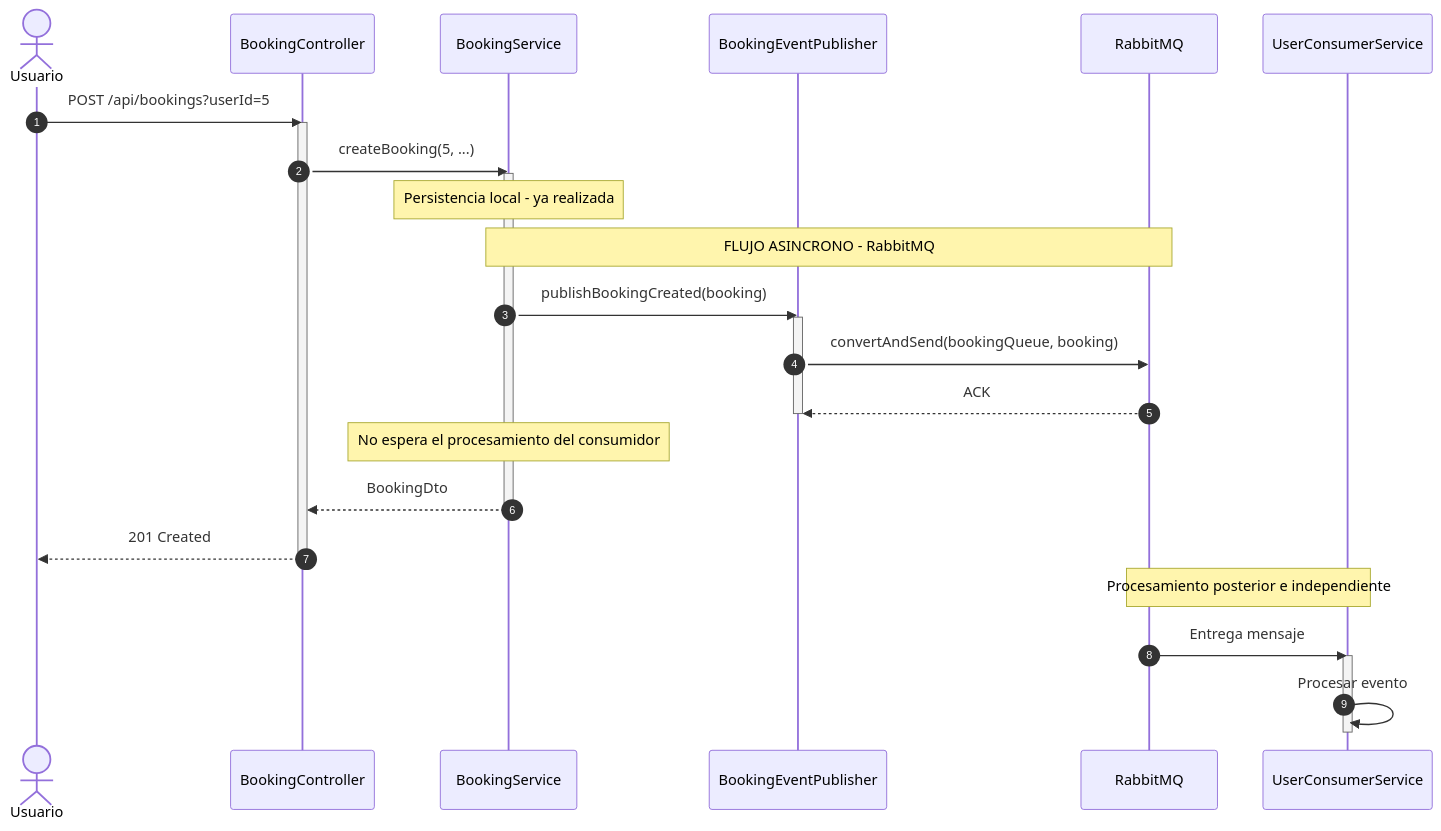
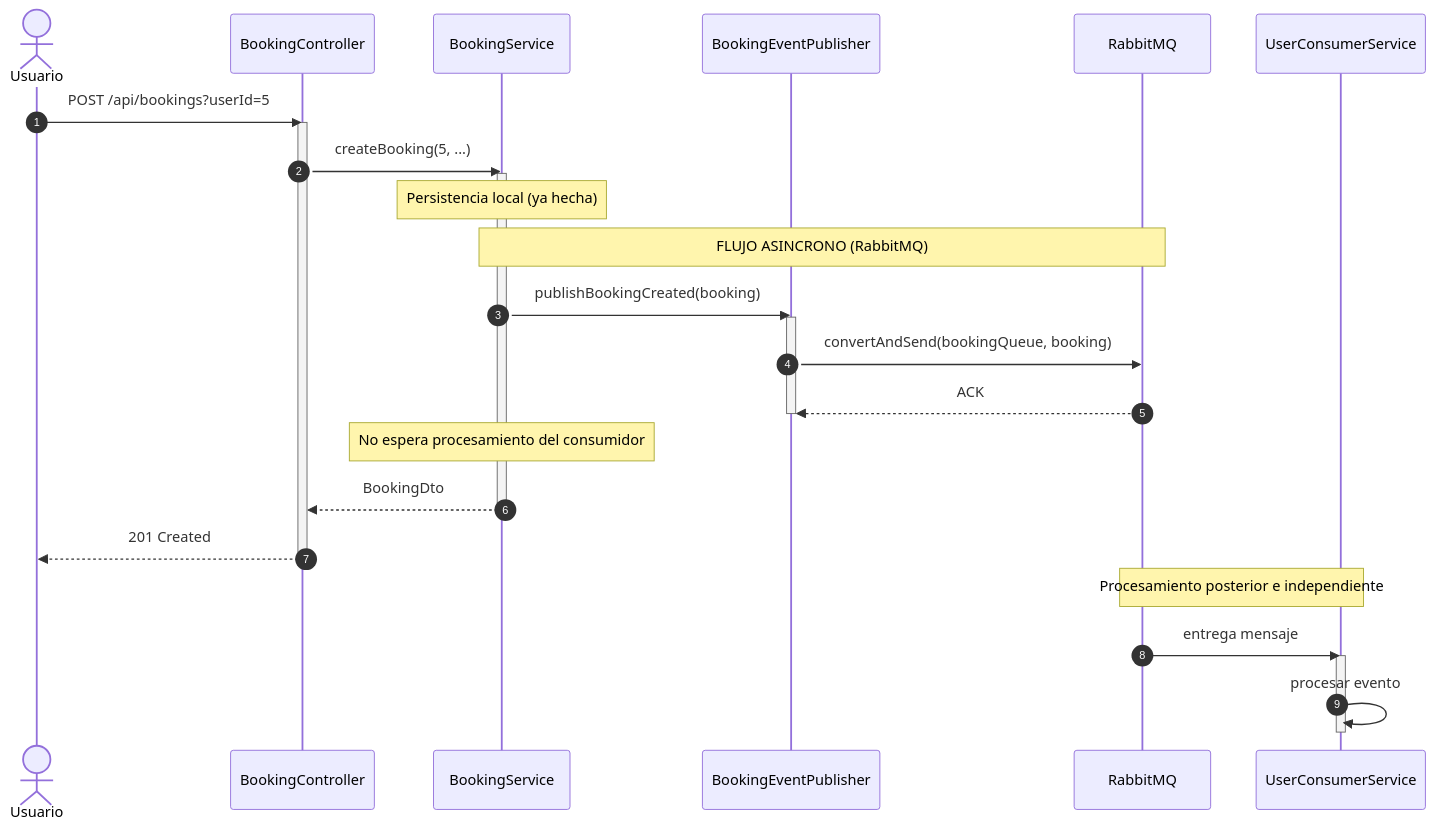
One commit to arielhurtado/springbootexamples changed the seventh of 7 diagrams in BokingGymNewVersion/architecture.md. Above: the diagram before and after it, drawn with Mermaid. The commit also changed other lines of this file, not shown here.

First line of the commit message:
Refactor architecture documentation and code examples

````diff
--- a/BokingGymNewVersion/architecture.md
+++ b/BokingGymNewVersion/architecture.md
@@ -324,36 +315,36 @@
 ```mermaid
 sequenceDiagram
     autonumber
     actor U as Usuario
     participant C as BookingController
     participant S as BookingService
     participant P as BookingEventPublisher
     participant Q as RabbitMQ
     participant Cons as UserConsumerService
 
     U->>C: POST /api/bookings?userId=5
     activate C
     C->>S: createBooking(5, ...)
     activate S
 
-    Note over S: Persistencia local - ya realizada
-    Note over S,Q: FLUJO ASINCRONO - RabbitMQ
+    Note over S: Persistencia local (ya hecha)
+    Note over S,Q: FLUJO ASINCRONO (RabbitMQ)
 
     S->>P: publishBookingCreated(booking)
     activate P
     P->>Q: convertAndSend(bookingQueue, booking)
     Q-->>P: ACK
     deactivate P
+    Note over S: No espera procesamiento del consumidor
 
-    Note over S: No espera el procesamiento del consumidor
     S-->>C: BookingDto
     deactivate S
     C-->>U: 201 Created
     deactivate C
 
     Note over Q,Cons: Procesamiento posterior e independiente
-    Q->>Cons: Entrega mensaje
+    Q->>Cons: entrega mensaje
     activate Cons
-    Cons->>Cons: Procesar evento
+    Cons->>Cons: procesar evento
     deactivate Cons
 ```
````
